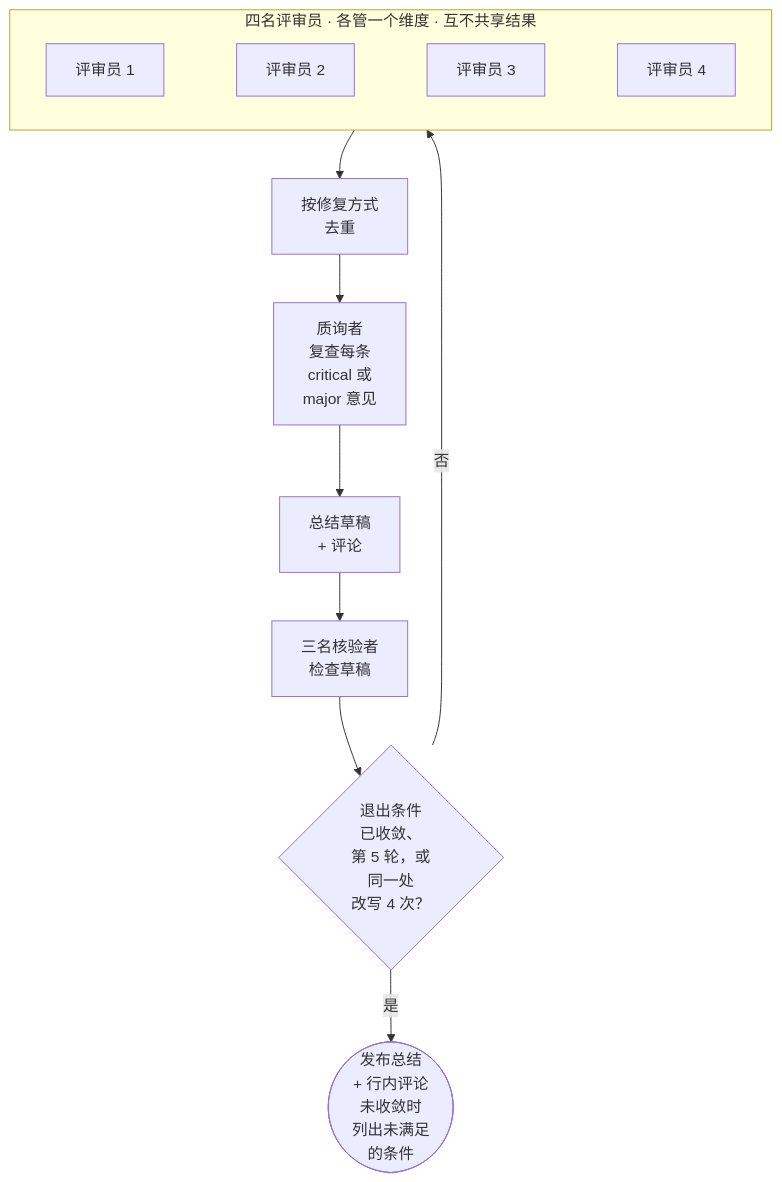
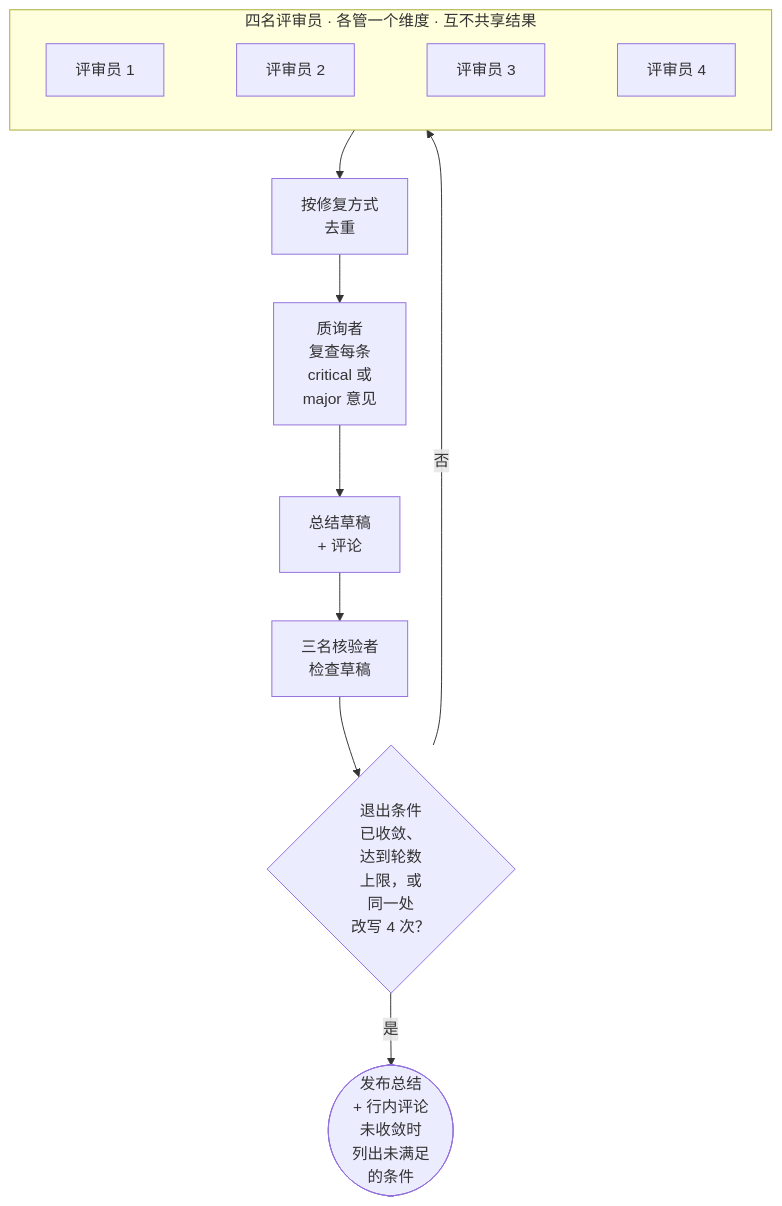
The first of 5 diagrams in README.zh-CN.md (thswlsqls/pr-quorum), drawn with Mermaid before and after one commit. The commit also changed other lines of this file and 1 other file, not shown here.

````diff
--- a/README.zh-CN.md
+++ b/README.zh-CN.md
@@ -82,14 +30,14 @@
 ```mermaid
 flowchart TD
   subgraph J["四名评审员 · 各管一个维度 · 互不共享结果"]
     direction LR
     J1[评审员 1] ~~~ J2[评审员 2] ~~~ J3[评审员 3] ~~~ J4[评审员 4]
   end
   J --> D["按修复方式<br/>去重"]
   D --> C["质询者<br/>复查每条<br/>critical 或<br/>major 意见"]
   C --> DR["总结草稿<br/>+ 评论"]
   DR --> V["三名核验者<br/>检查草稿"]
-  V --> X{"退出条件<br/>已收敛、<br/>第 5 轮，或<br/>同一处<br/>改写 4 次？"}
+  V --> X{"退出条件<br/>已收敛、<br/>达到轮数<br/>上限，或<br/>同一处<br/>改写 4 次？"}
   X -- "否" --> J
   X -- "是" --> P(["发布总结<br/>+ 行内评论<br/>未收敛时<br/>列出未满足<br/>的条件"])
 ```
````
